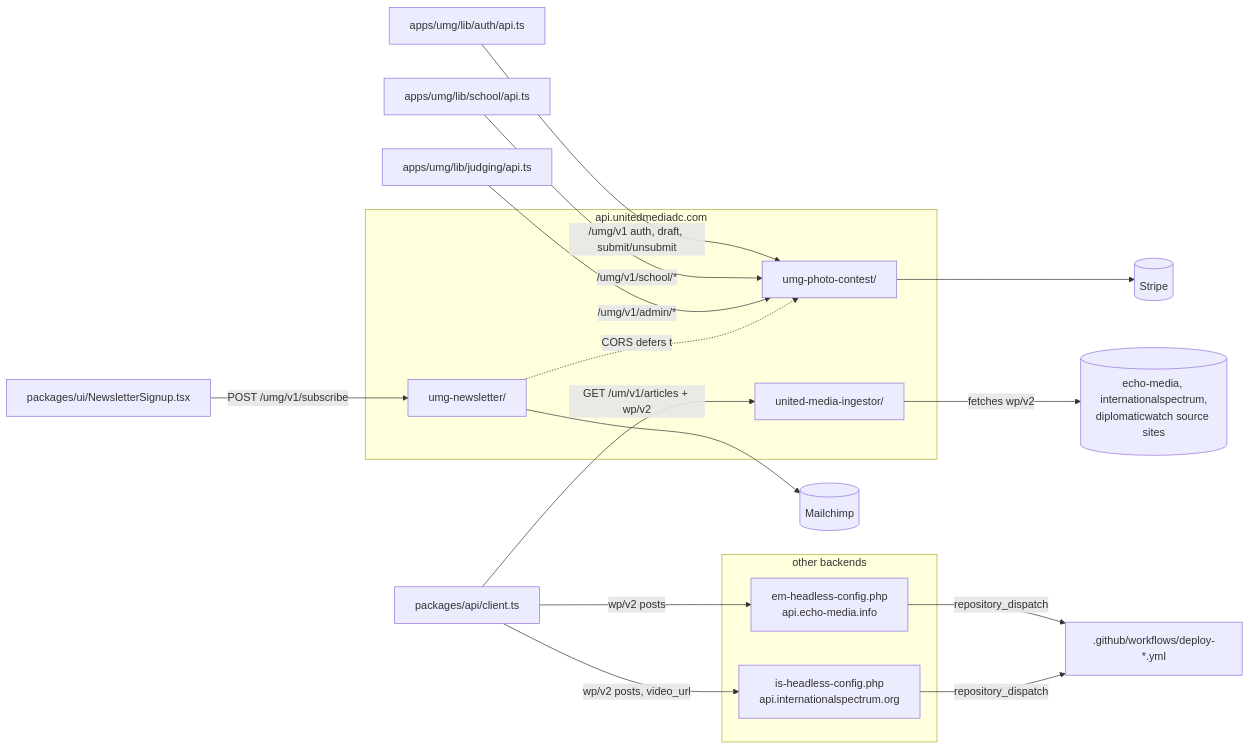
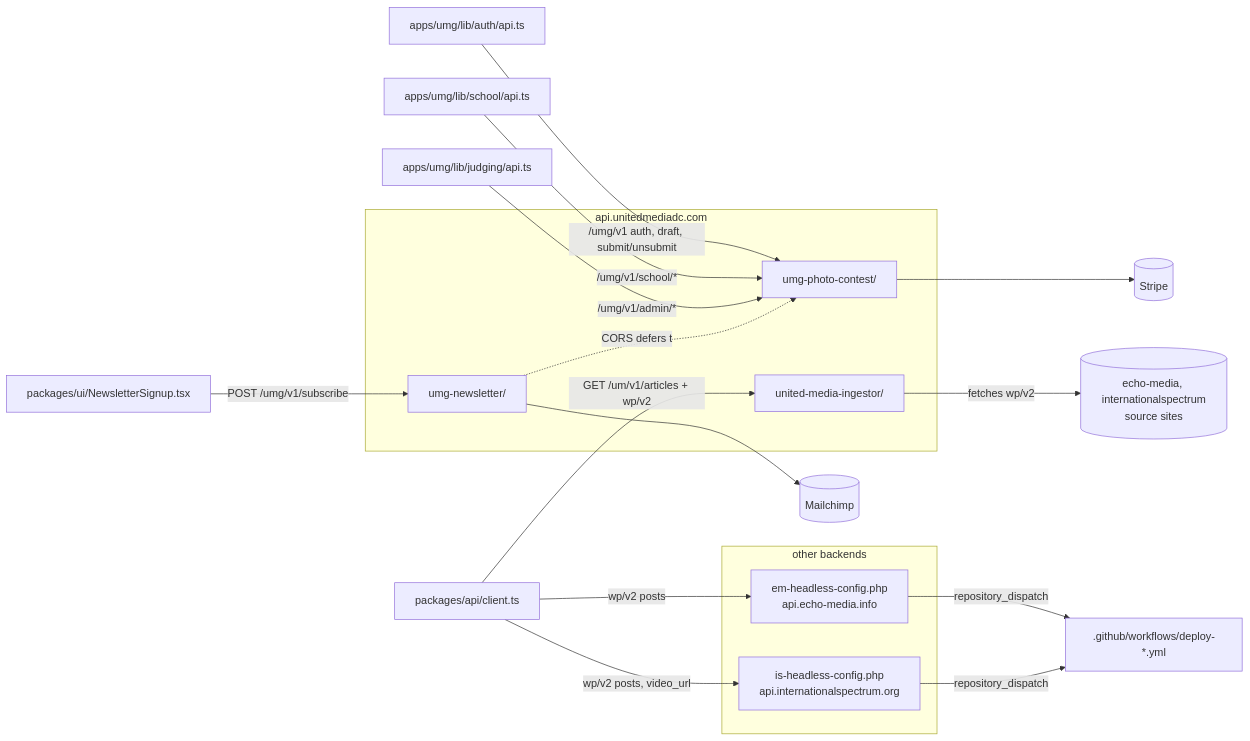
Before and after one commit to huuaho/umg-headless: the diagram in docs/codebase/plugin/README.md, drawn with Mermaid. The commit also changed other lines of this file and 34 other files, not shown here.

````diff
--- a/docs/codebase/plugin/README.md
+++ b/docs/codebase/plugin/README.md
@@ -17,25 +17,25 @@
 ```mermaid
 graph LR
   subgraph api.unitedmediadc.com
     umi[united-media-ingestor/]
     contest[umg-photo-contest/]
     news[umg-newsletter/]
   end
   subgraph other backends
     em[em-headless-config.php<br/>api.echo-media.info]
     is[is-headless-config.php<br/>api.internationalspectrum.org]
   end
   client[packages/api/client.ts] -->|GET /um/v1/articles + wp/v2| umi
   client -->|wp/v2 posts| em
   client -->|wp/v2 posts, video_url| is
   umgauth[apps/umg/lib/auth/api.ts] -->|/umg/v1 auth, draft, submit/unsubmit| contest
   umgschool[apps/umg/lib/school/api.ts] -->|/umg/v1/school/*| contest
   umgjudge[apps/umg/lib/judging/api.ts] -->|/umg/v1/admin/*| contest
   footer[packages/ui/NewsletterSignup.tsx] -->|POST /umg/v1/subscribe| news
-  umi -->|fetches wp/v2| sources[(echo-media, internationalspectrum,<br/>diplomaticwatch source sites)]
+  umi -->|fetches wp/v2| sources[(echo-media, internationalspectrum<br/>source sites)]
   contest --> stripe[(Stripe)]
   news --> mailchimp[(Mailchimp)]
   em -->|repository_dispatch| gha[.github/workflows/deploy-*.yml]
   is -->|repository_dispatch| gha
   news -.CORS defers to.-> contest
 ```
````
